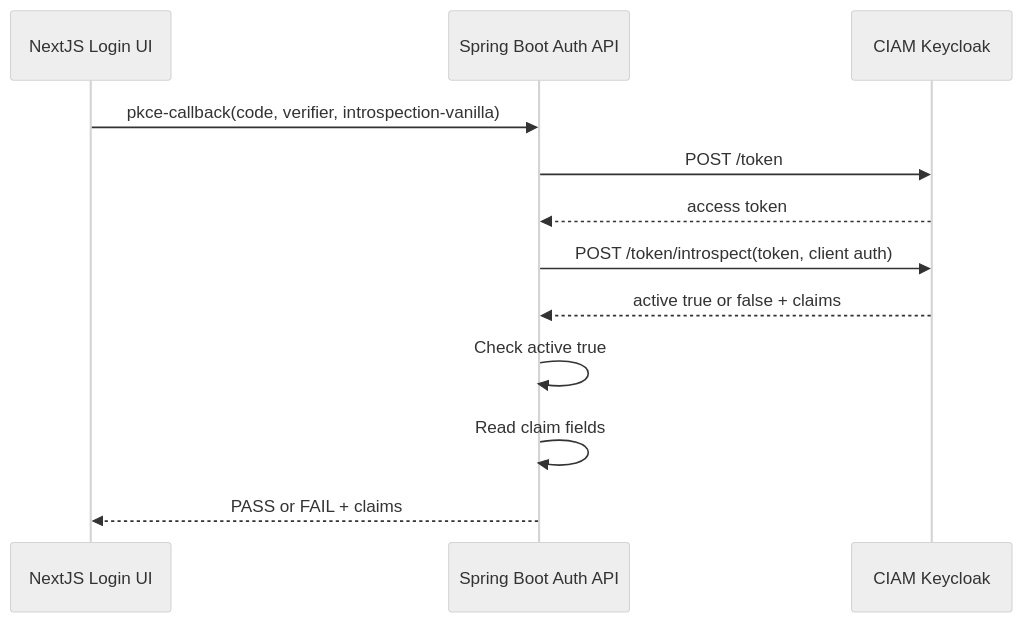
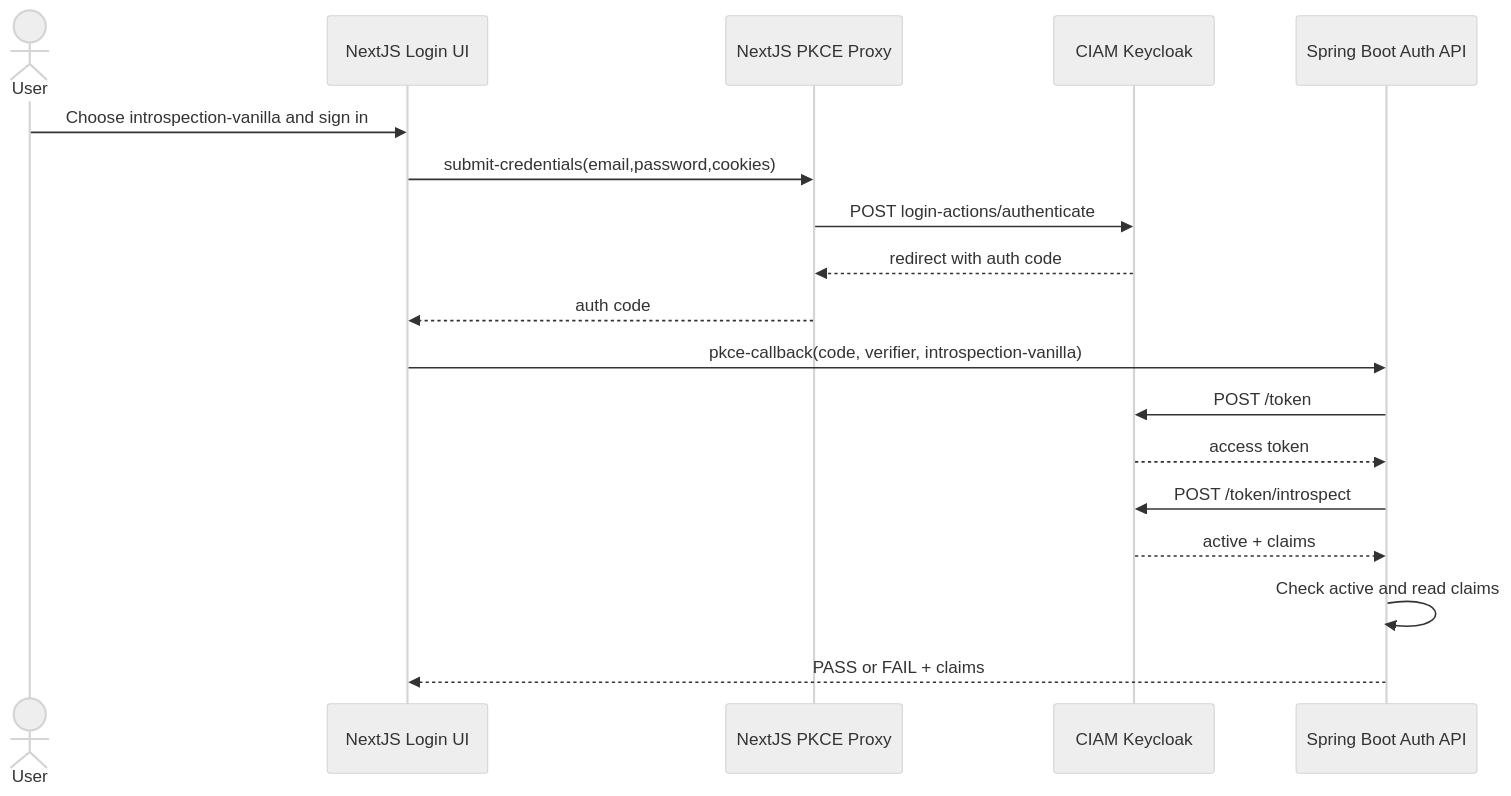
Before and after one commit to jackzhaojin/ciam-demo: the fourth of 5 diagrams in auth-patterns.md, drawn with Mermaid (neutral theme). The commit also changed other lines of this file, not shown here.

Commit message:
Fix PKCE strategy diagrams to include Next.js proxy password post

````diff
--- a/auth-patterns.md
+++ b/auth-patterns.md
@@ -71,15 +80,21 @@
 ```mermaid
 sequenceDiagram
+    actor User
     participant Browser as NextJS Login UI
+    participant NextAPI as NextJS PKCE Proxy
+    participant CIAM as CIAM Keycloak
     participant Java as Spring Boot Auth API
-    participant CIAM as CIAM Keycloak
 
+    User->>Browser: Choose introspection-vanilla and sign in
+    Browser->>NextAPI: submit-credentials(email,password,cookies)
+    NextAPI->>CIAM: POST login-actions/authenticate
+    CIAM-->>NextAPI: redirect with auth code
+    NextAPI-->>Browser: auth code
     Browser->>Java: pkce-callback(code, verifier, introspection-vanilla)
     Java->>CIAM: POST /token
     CIAM-->>Java: access token
-    Java->>CIAM: POST /token/introspect(token, client auth)
-    CIAM-->>Java: active true or false + claims
-    Java->>Java: Check active true
-    Java->>Java: Read claim fields
+    Java->>CIAM: POST /token/introspect
+    CIAM-->>Java: active + claims
+    Java->>Java: Check active and read claims
     Java-->>Browser: PASS or FAIL + claims
 ```
````
